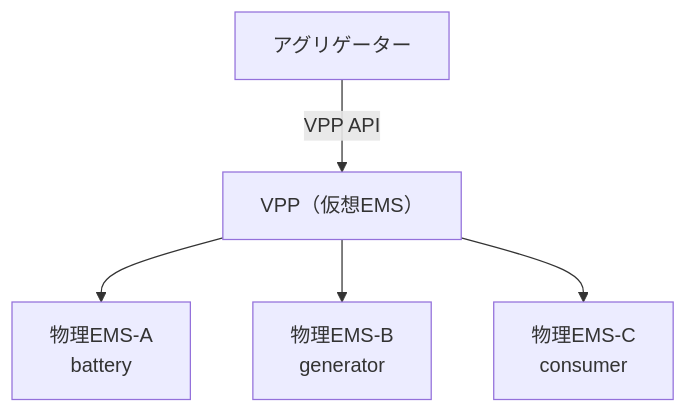
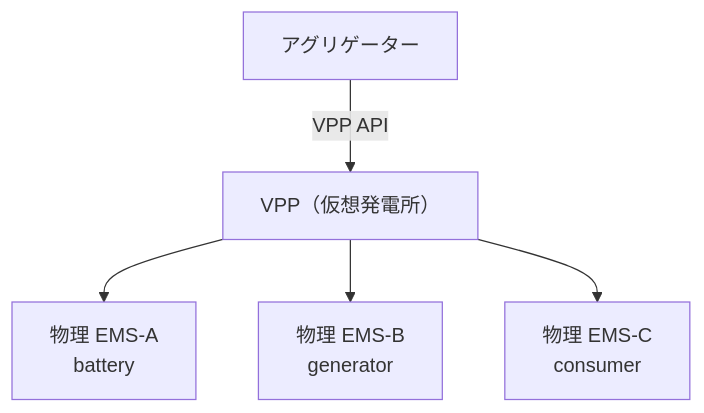
The first of 7 diagrams in docs/vpp-api-v1.md (enapir/enecloud-api-spec), drawn with Mermaid before and after one commit. The commit also changed other lines of this file and 20 other files, not shown here.

````diff
--- a/docs/vpp-api-v1.md
+++ b/docs/vpp-api-v1.md
@@ -60,13 +63,13 @@
 ```mermaid
 graph TB
     AGG[アグリゲーター]
-    VPP["VPP（仮想EMS）"]
-    A["物理EMS-A<br/>battery"]
-    B["物理EMS-B<br/>generator"]
-    C["物理EMS-C<br/>consumer"]
+    VPP["VPP（仮想発電所）"]
+    A["物理 EMS-A<br/>battery"]
+    B["物理 EMS-B<br/>generator"]
+    C["物理 EMS-C<br/>consumer"]
 
     AGG -->|VPP API| VPP
     VPP --> A
     VPP --> B
     VPP --> C
 ```
````
